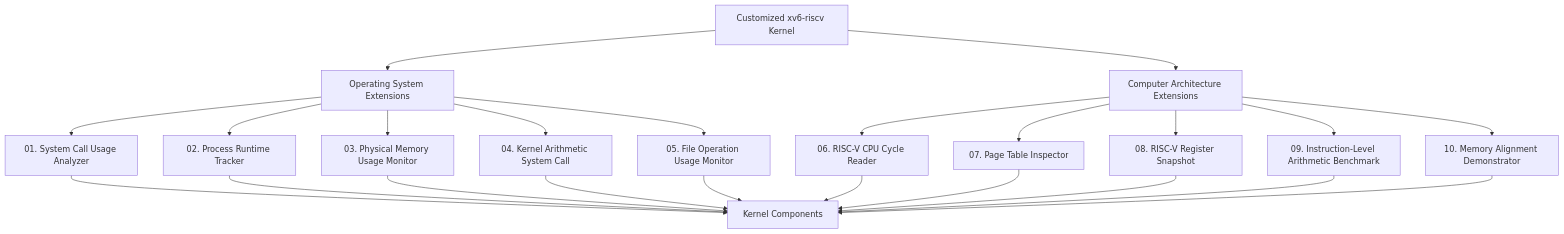
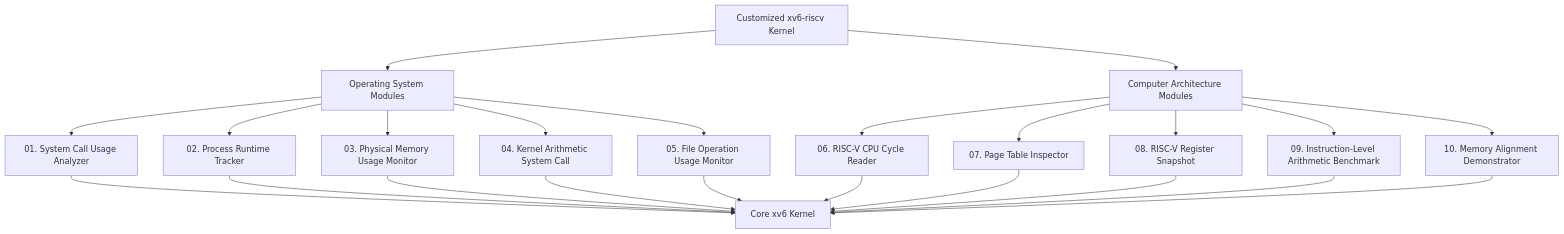
The diagram in README.md (Alishba-Nadeem-321/xv6-os-plus), drawn with Mermaid before and after one commit. The commit also changed other lines of this file, not shown here.

Commit message:
Improve integrated module architecture diagram

````diff
--- a/README.md
+++ b/README.md
@@ -9,26 +7,30 @@
 ```mermaid
-flowchart TD
+flowchart TB
     A["Customized xv6-riscv Kernel"]
-    A --> OS["Operating System Extensions"]
-    A --> CA["Computer Architecture Extensions"]
+
+    A --> OS["Operating System Modules"]
+    A --> CA["Computer Architecture Modules"]
+
     OS --> M1["01. System Call Usage Analyzer"]
     OS --> M2["02. Process Runtime Tracker"]
     OS --> M3["03. Physical Memory Usage Monitor"]
     OS --> M4["04. Kernel Arithmetic System Call"]
     OS --> M5["05. File Operation Usage Monitor"]
+
     CA --> M6["06. RISC-V CPU Cycle Reader"]
     CA --> M7["07. Page Table Inspector"]
     CA --> M8["08. RISC-V Register Snapshot"]
     CA --> M9["09. Instruction-Level Arithmetic Benchmark"]
     CA --> M10["10. Memory Alignment Demonstrator"]
-    M1 --> K["Kernel Components"]
+
+    M1 --> K["Core xv6 Kernel"]
     M2 --> K
     M3 --> K
     M4 --> K
     M5 --> K
     M6 --> K
     M7 --> K
     M8 --> K
     M9 --> K
     M10 --> K
 ```
````
